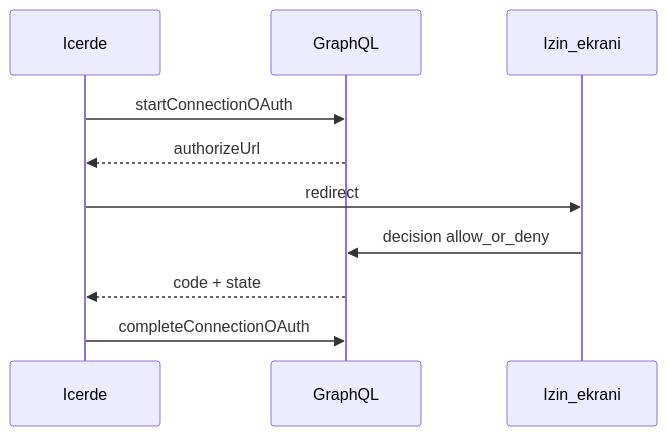
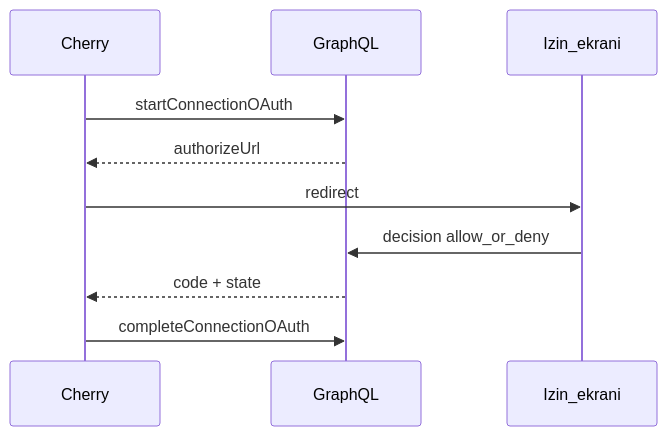
Before and after one commit to emrahyasinisik/Cherry: the second of 2 diagrams in docs/connections.md, drawn with Mermaid. The commit also changed other lines of this file and 124 other files, not shown here.

First line of the commit message:
Rename the studio brand from Icerde to Cherry.

````diff
--- a/docs/connections.md
+++ b/docs/connections.md
@@ -61,12 +61,12 @@
 ```mermaid
 sequenceDiagram
-  participant UI as Icerde
+  participant UI as Cherry
   participant API as GraphQL
   participant Consent as Izin_ekrani
   UI->>API: startConnectionOAuth
   API-->>UI: authorizeUrl
   UI->>Consent: redirect
   Consent->>API: decision allow_or_deny
   API-->>UI: code + state
   UI->>API: completeConnectionOAuth
 ```
````
